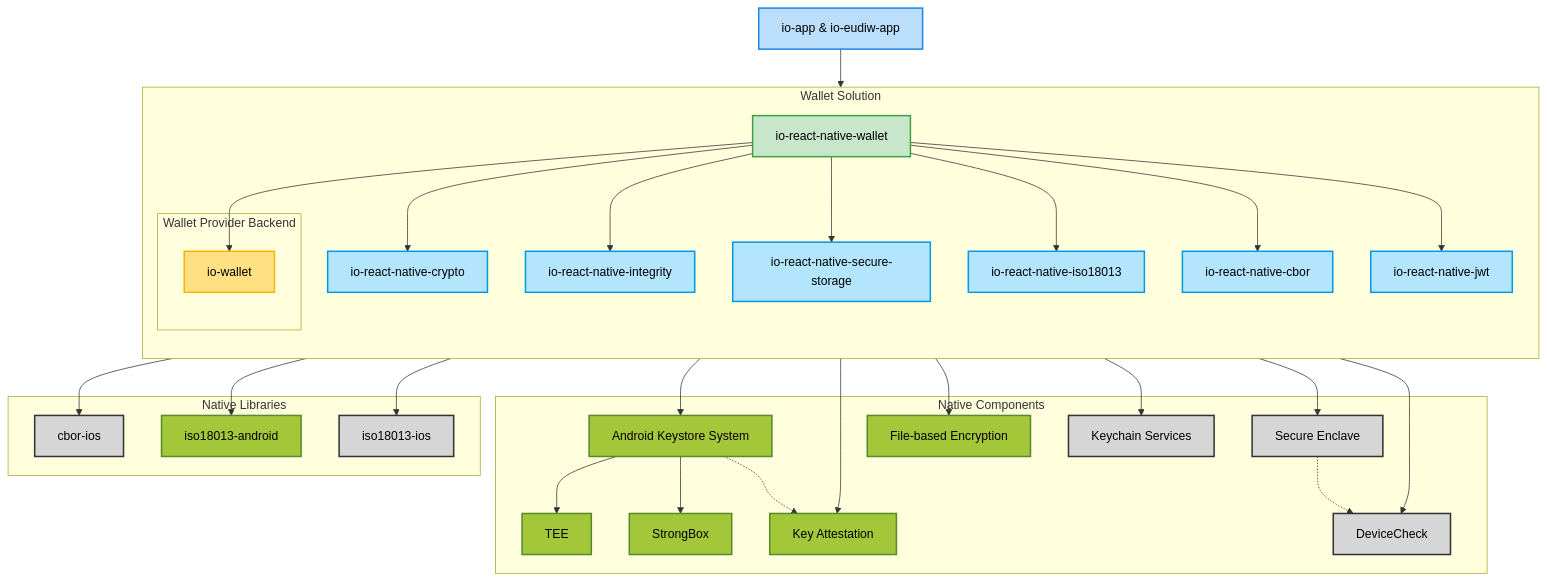
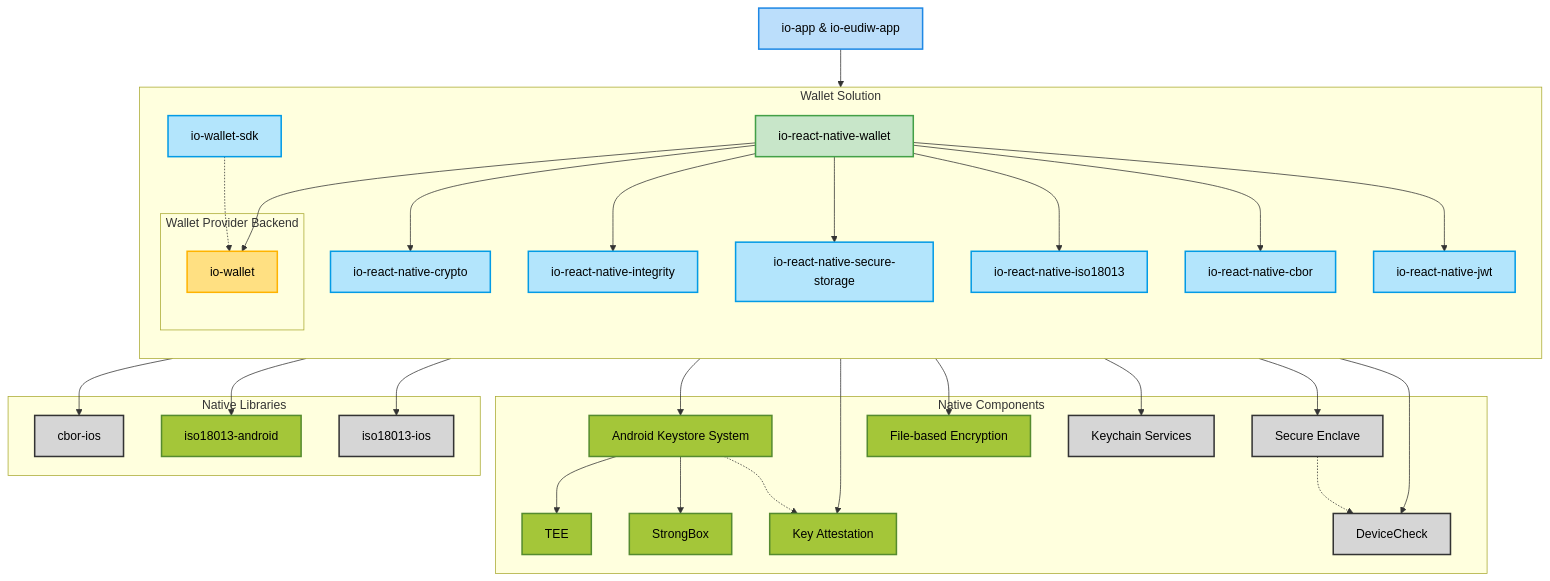
Before and after one commit to pagopa/digital-identity-wallet: the diagram in README.md, drawn with Mermaid. The commit also changed other lines of this file, not shown here.

Commit message:
add IO Wallet SDK

````diff
--- a/README.md
+++ b/README.md
@@ -6,71 +6,74 @@
 ```mermaid
 flowchart TD
  subgraph Wallet_Solution["Wallet Solution"]
     direction TB
         iornw["io-react-native-wallet"]
         iornc["io-react-native-crypto"]
         iorni["io-react-native-integrity"]
         iornss["io-react-native-secure-storage"]
         iornprx["io-react-native-iso18013"]
         iorncbor["io-react-native-cbor"]
         iornjwt["io-react-native-jwt"]
+        iowsdk["io-wallet-sdk"]
 
         subgraph Wallet_Provider_Backend["Wallet Provider Backend"]
             iw["io-wallet"]
         end
 
   end
 
  subgraph Native_Components["Native Components"]
         akss["Android Keystore System"]
         se["Secure Enclave"]
         TEE["TEE"]
         StrongBox["StrongBox"]
         fbe["File-based Encryption"]
         ks["Keychain Services"]
         ka["Key Attestation"]
         dc["DeviceCheck"]
   end
  subgraph Native_Libraries["Native Libraries"]
         cborios["cbor-ios"]
         iso18013android["iso18013-android"]
         iso18013ios["iso18013-ios"]
   end
     ioa["io-app & io-eudiw-app"] --> iornw
     iornw --> iw & iornc & iorni & iornss & iornprx & iorncbor & iornjwt
+    iowsdk -.-> iw
     iornc --> akss & se
     akss --> TEE & StrongBox
     iornss --> fbe & ks
     iorni --> ka & dc
     akss -.-> ka
     se -.-> dc
     iornprx --> iso18013android & iso18013ios
     iorncbor --> cborios
      iornw:::wallet
      iornc:::data
      iorni:::data
      iornss:::data
      iornprx:::data
      iorncbor:::data
      iornjwt:::data
+     iowsdk:::data
      iw:::backend
      akss:::android
      se:::ios
      TEE:::android
      StrongBox:::android
      fbe:::android
      ks:::ios
      ka:::android
      dc:::ios
      cborios:::ios
      iso18013android:::android
      iso18013ios:::ios
      ioa:::main
 
     classDef main fill:#bbdefb,stroke:#1e88e5,stroke-width:2px,color:#000000
     classDef backend fill:#ffe082,stroke:#ffb300,stroke-width:2px,color:#000000
     classDef wallet fill:#c8e6c9,stroke:#43a047,stroke-width:2px,color:#000000
     classDef data fill:#b3e5fc,stroke:#039be5,stroke-width:2px,color:#000000
     classDef android fill:#A4C639,stroke:#558B2F,stroke-width:2px,color:#000000
     classDef ios fill:#d6d6d6,stroke:#333333,stroke-width:2px,color:#000000
 ```
````
